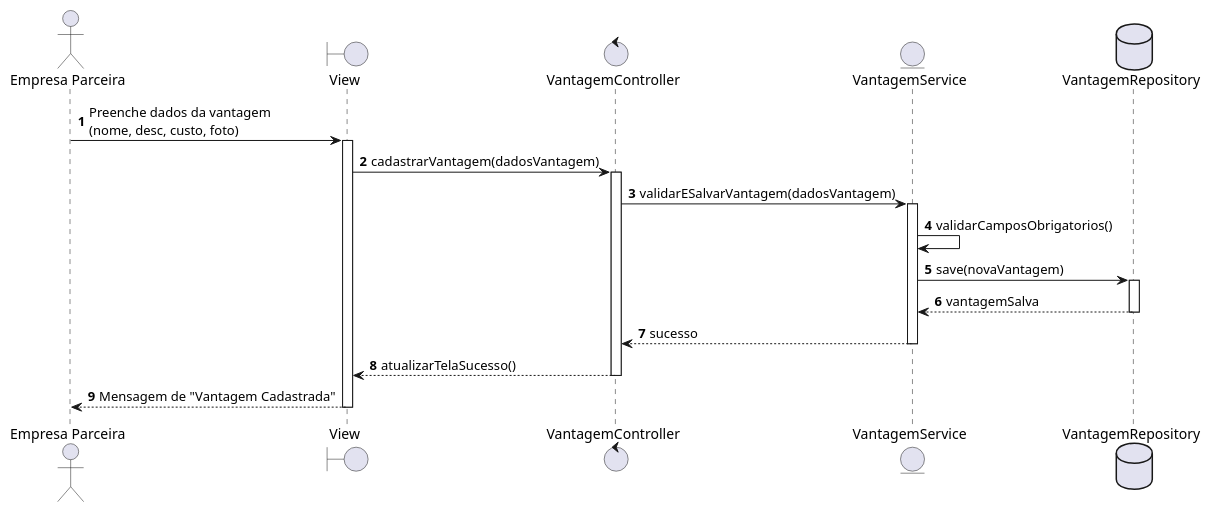
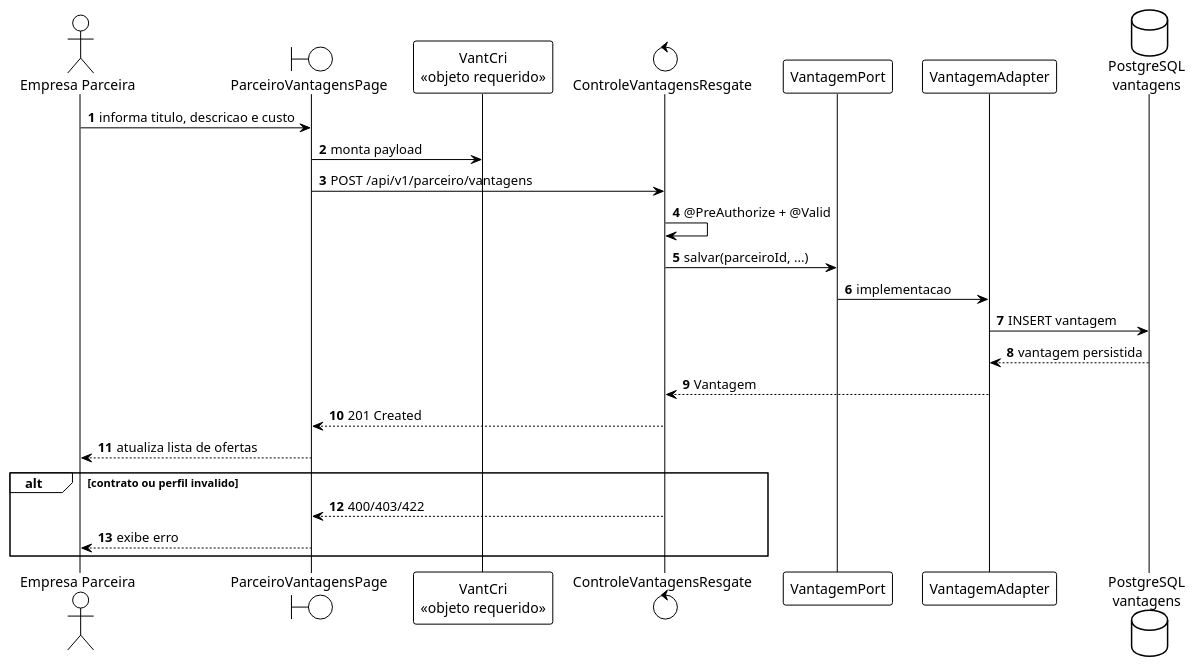
One commit to LaraCarvalho00/sistema-moeda-estudantil changed the diagram in docs/uml/codigos/sequencia_cadastrar_vantagem.puml. Above: the diagram before and after it, drawn with PlantUML. The commit also changed 49 other files, not shown here.

```diff
--- a/docs/uml/codigos/sequencia_cadastrar_vantagem.puml
+++ b/docs/uml/codigos/sequencia_cadastrar_vantagem.puml
@@ -1,30 +1,29 @@
 @startuml
+!theme plain
 autonumber
-actor "Empresa Parceira" as Empresa
-boundary "View" as UI
-control "VantagemController" as Controller
-entity "VantagemService" as Service
-database "VantagemRepository" as DB
 
-Empresa -> UI: Preenche dados da vantagem\n(nome, desc, custo, foto)
-activate UI
-UI -> Controller: cadastrarVantagem(dadosVantagem)
-activate Controller
+actor "Empresa Parceira" as Parceiro
+boundary "ParceiroVantagensPage" as SPA
+participant "VantCri\n<<objeto requerido>>" as REQ
+control "ControleVantagensResgate" as REST
+participant "VantagemPort" as PORT
+participant "VantagemAdapter" as ADAPTER
+database "PostgreSQL\nvantagens" as DB
 
-Controller -> Service: validarESalvarVantagem(dadosVantagem)
-activate Service
+Parceiro -> SPA : informa titulo, descricao e custo
+SPA -> REQ : monta payload
+SPA -> REST : POST /api/v1/parceiro/vantagens
+REST -> REST : @PreAuthorize + @Valid
+REST -> PORT : salvar(parceiroId, ...)
+PORT -> ADAPTER : implementacao
+ADAPTER -> DB : INSERT vantagem
+DB --> ADAPTER : vantagem persistida
+ADAPTER --> REST : Vantagem
+REST --> SPA : 201 Created
+SPA --> Parceiro : atualiza lista de ofertas
 
-Service -> Service: validarCamposObrigatorios()
-Service -> DB: save(novaVantagem)
-activate DB
-DB --> Service: vantagemSalva
-deactivate DB
-
-Service --> Controller: sucesso
-deactivate Service
-
-Controller --> UI: atualizarTelaSucesso()
-deactivate Controller
-UI --> Empresa: Mensagem de "Vantagem Cadastrada"
-deactivate UI
+alt contrato ou perfil invalido
+  REST --> SPA : 400/403/422
+  SPA --> Parceiro : exibe erro
+end
 @enduml
```
